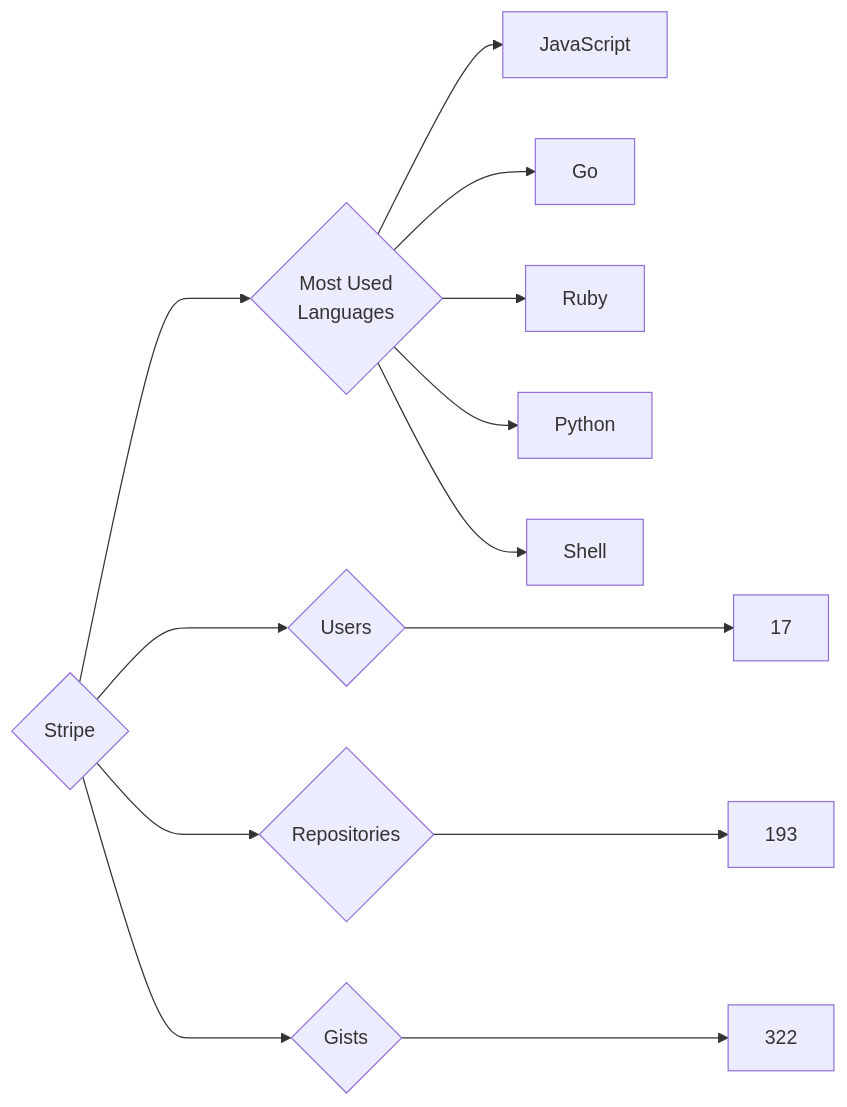
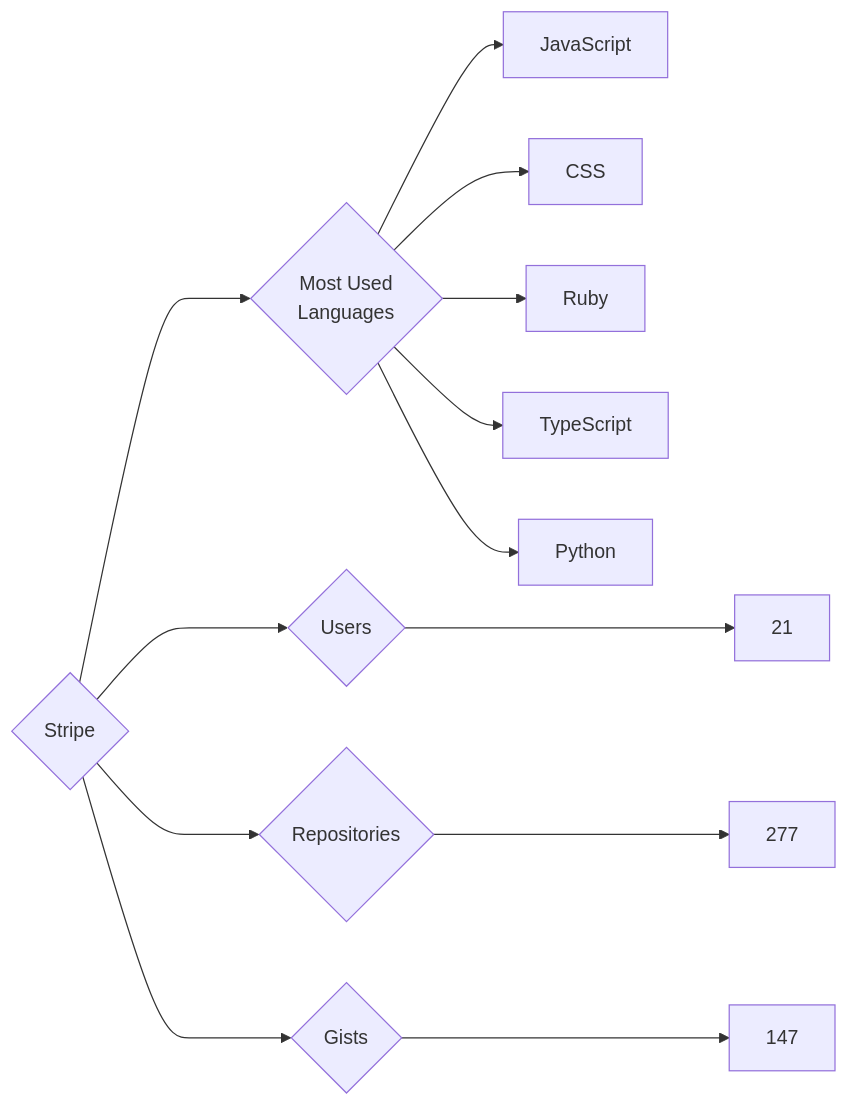
One commit to trickest/insiders changed the diagram in targets/Stripe/README.md. Above: the diagram before and after it, drawn with Mermaid. The commit also changed 765 other files, not shown here.

````diff
--- a/targets/Stripe/README.md
+++ b/targets/Stripe/README.md
@@ -3,13 +3,13 @@
 ```mermaid
 graph LR
 COMPANY_NAME{Stripe}
-COMPANY_NAME ---> U{Users} ---> UN[17]
-COMPANY_NAME ---> R{Repositories} ---> RN[193]
-COMPANY_NAME ---> G{Gists} ---> GN[322]
+COMPANY_NAME ---> U{Users} ---> UN[21]
+COMPANY_NAME ---> R{Repositories} ---> RN[277]
+COMPANY_NAME ---> G{Gists} ---> GN[147]
 COMPANY_NAME ---> ML{Most Used<br>Languages}
 ML --> JavaScript[JavaScript]
-ML --> Go[Go]
+ML --> CSS[CSS]
 ML --> Ruby[Ruby]
+ML --> TypeScript[TypeScript]
 ML --> Python[Python]
-ML --> Shell[Shell]
 ```
````
